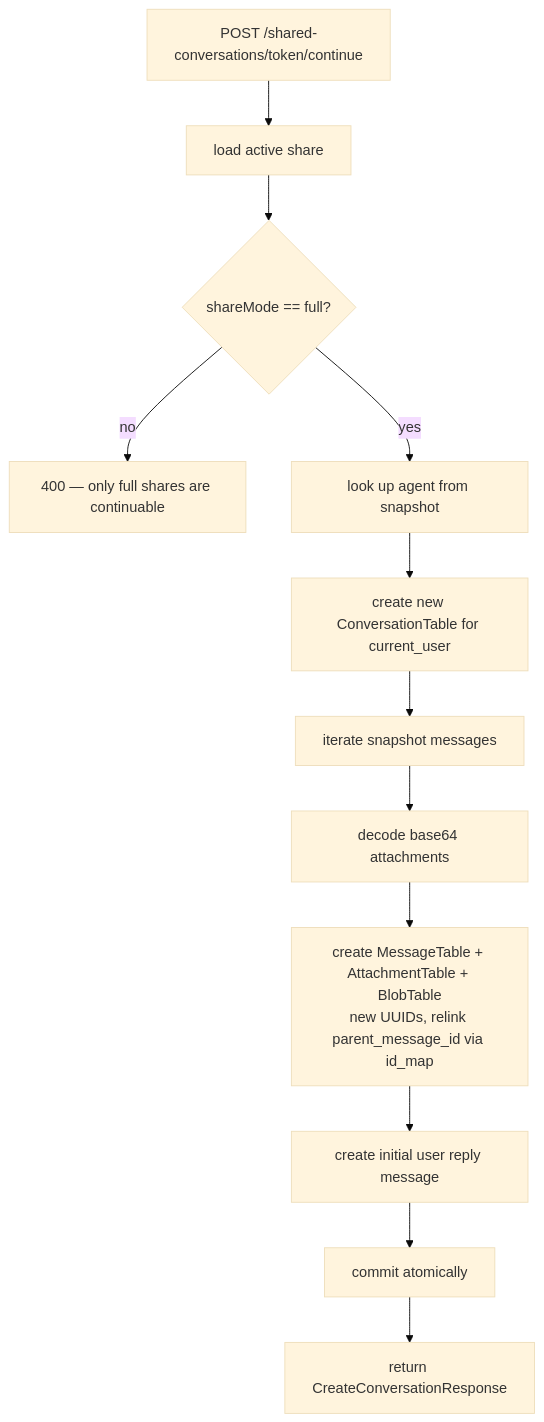
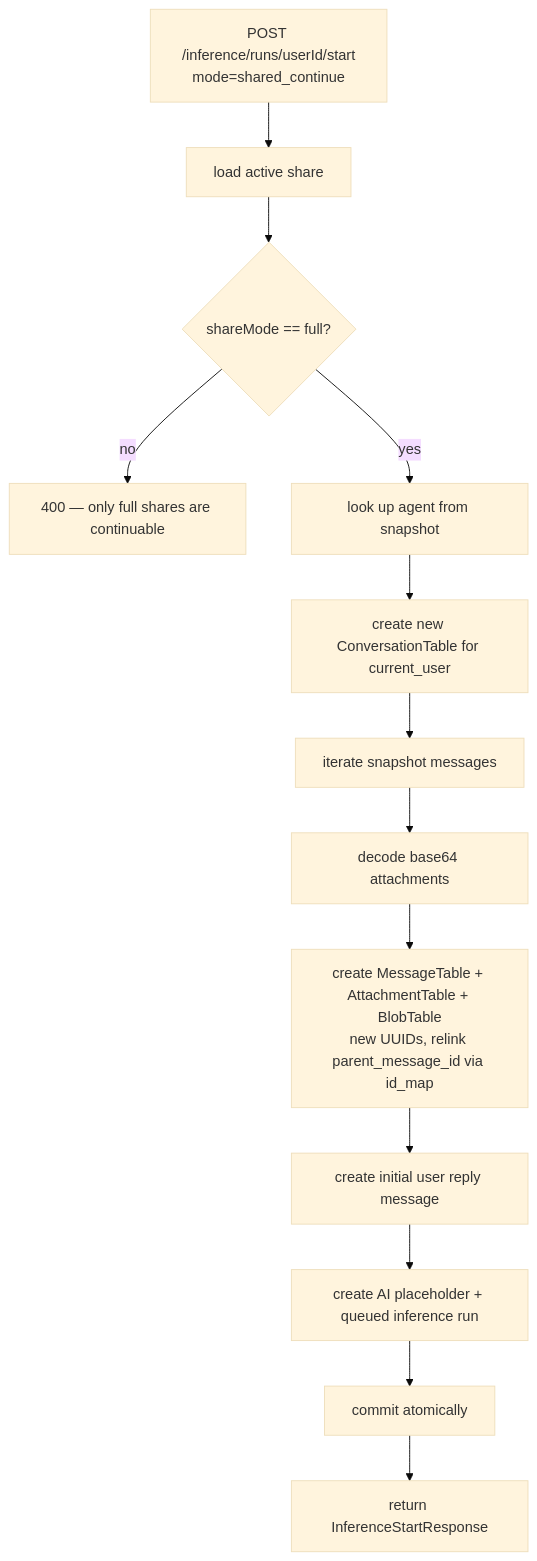
One commit to konstantinosmpouros/mAgenticX changed the fourth of 4 diagrams in docs/flows/conversation-sharing.md. Above: the diagram before and after it, drawn with Mermaid (base theme). The commit also changed other lines of this file and 26 other files, not shown here.

Commit message:
Refactor inference start flow to backend-owned runs

````diff
--- a/docs/flows/conversation-sharing.md
+++ b/docs/flows/conversation-sharing.md
@@ -240,14 +240,15 @@
 ```mermaid
 flowchart TD
-    A[POST /shared-conversations/token/continue] --> B[load active share]
+    A[POST /inference/runs/userId/start\nmode=shared_continue] --> B[load active share]
     B --> C{shareMode == full?}
     C -->|no| ERR[400 — only full shares are continuable]
     C -->|yes| D[look up agent from snapshot]
     D --> E[create new ConversationTable for current_user]
     E --> F[iterate snapshot messages]
     F --> G[decode base64 attachments]
     G --> H[create MessageTable + AttachmentTable + BlobTable\nnew UUIDs, relink parent_message_id via id_map]
     H --> I[create initial user reply message]
-    I --> J[commit atomically]
-    J --> K[return CreateConversationResponse]
+    I --> J[create AI placeholder + queued inference run]
+    J --> K[commit atomically]
+    K --> L[return InferenceStartResponse]
 ```
````
